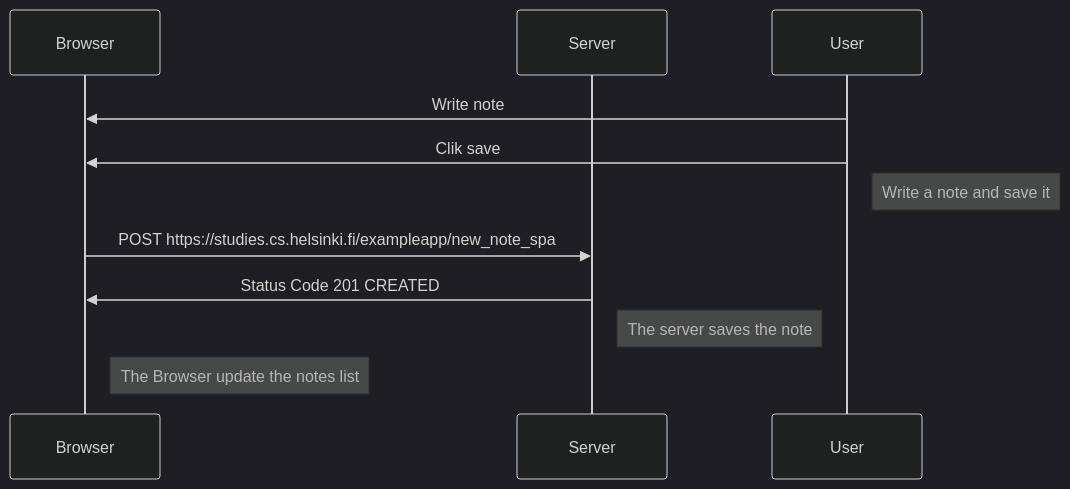
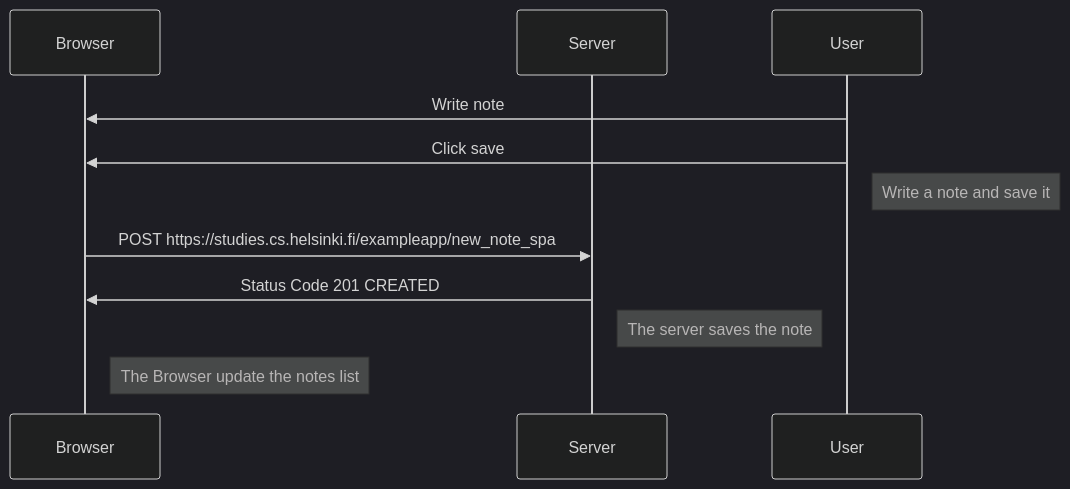
One commit to SunJoon05/fullstack-open-2024 changed the diagram in part0/exercise-06-diagram.md. Above: the diagram before and after it, drawn with Mermaid (dark theme). The commit also changed 1 other file, not shown here.

````diff
--- a/part0/exercise-06-diagram.md
+++ b/part0/exercise-06-diagram.md
@@ -3,17 +3,17 @@
 ```mermaid
 sequenceDiagram
 
     participant Browser
     participant Server
     participant User
 
     User->>Browser: Write note
-    User->>Browser: Clik save
+    User->>Browser: Click save
     Note right of User: Write a note and save it
 
     Browser->>Server: POST https://studies.cs.helsinki.fi/exampleapp/new_note_spa
     Server->>Browser: Status Code 201 CREATED
     Note right of Server: The server saves the note
 
     Note right of Browser: The Browser update the notes list
 ```
````
